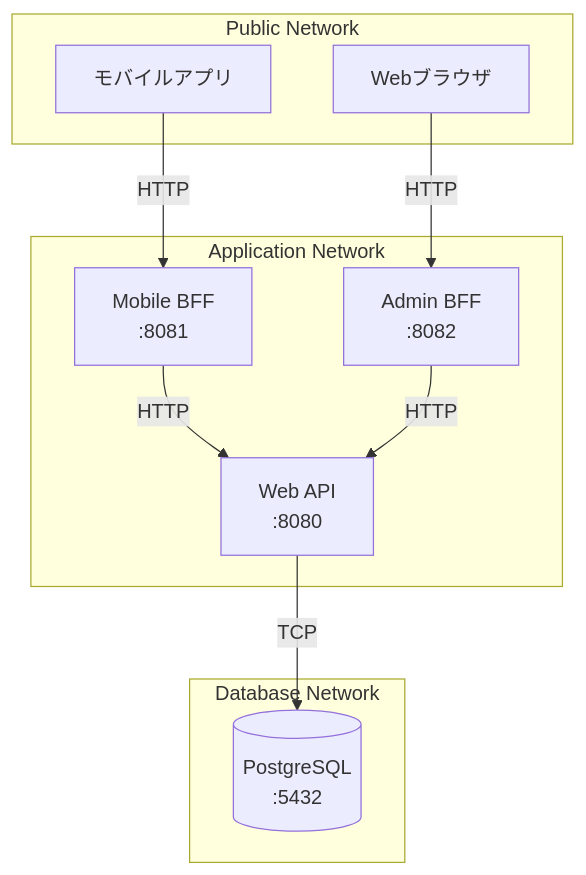
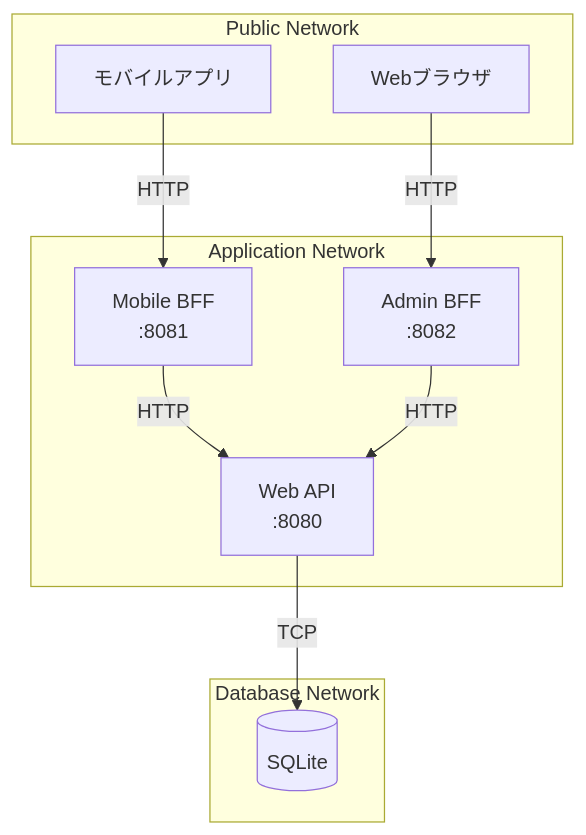
One commit to Takas0522/ws-demo-mobile-app changed the third of 10 diagrams in docs/architecture/01-system-context.md. Above: the diagram before and after it, drawn with Mermaid. The commit also changed other lines of this file and 42 other files, not shown here.

First line of the commit message:
docs: update all PostgreSQL references to SQLite

````diff
--- a/docs/architecture/01-system-context.md
+++ b/docs/architecture/01-system-context.md
@@ -164,23 +164,23 @@
 ```mermaid
 graph TB
     subgraph "Public Network"
         Mobile[モバイルアプリ]
         Browser[Webブラウザ]
     end
     
     subgraph "Application Network"
         BFF1[Mobile BFF<br/>:8081]
         BFF2[Admin BFF<br/>:8082]
         API[Web API<br/>:8080]
     end
     
     subgraph "Database Network"
-        DB[(PostgreSQL<br/>:5432)]
+        DB[(SQLite)]
     end
     
     Mobile -->|HTTP| BFF1
     Browser -->|HTTP| BFF2
     BFF1 -->|HTTP| API
     BFF2 -->|HTTP| API
     API -->|TCP| DB
 ```
````
